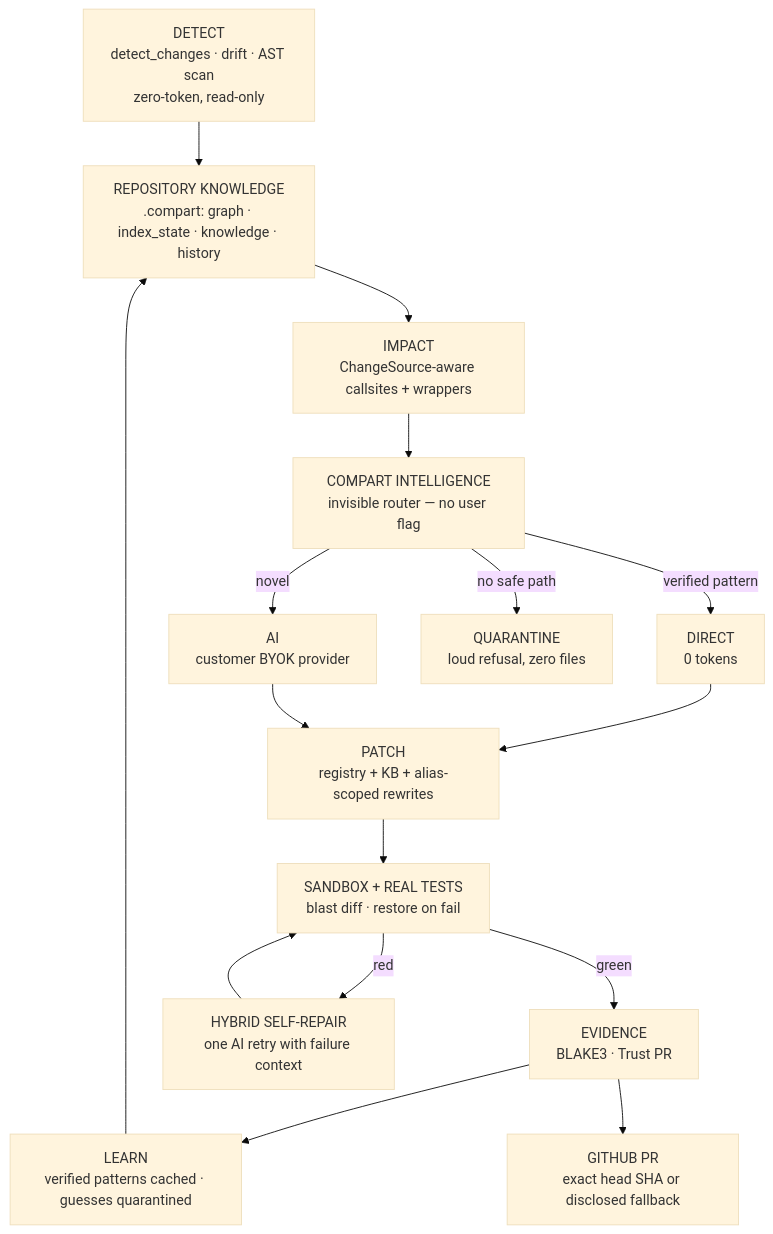
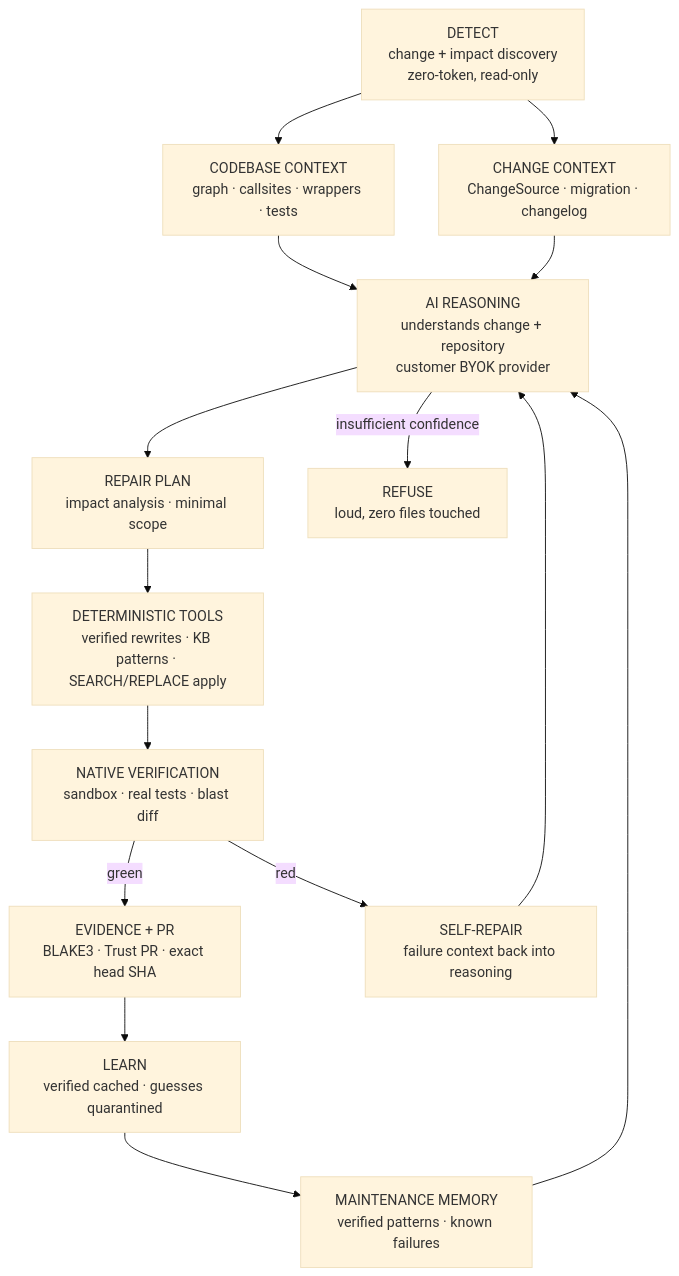
Before and after one commit to Devaretanmay/HAVFRYS: the second of 3 diagrams in docs/SYSTEM_MAP.md, drawn with Mermaid (base theme). The commit also changed 11 other files, not shown here.

First line of the commit message:
feat(ai): deep reasoning context and hybrid completion, AI-first surfaces

````diff
--- a/docs/SYSTEM_MAP.md
+++ b/docs/SYSTEM_MAP.md
@@ -22,18 +22,17 @@
 ```mermaid
 flowchart TD
-    DETECT["DETECT<br/>detect_changes · drift · AST scan<br/>zero-token, read-only"] --> KNOW["REPOSITORY KNOWLEDGE<br/>.compart: graph · index_state · knowledge · history"]
-    KNOW --> IMPACT["IMPACT<br/>ChangeSource-aware callsites + wrappers"]
-    IMPACT --> BRAIN["COMPART INTELLIGENCE<br/>invisible router — no user flag"]
-    BRAIN -->|verified pattern| DIRECT["DIRECT<br/>0 tokens"]
-    BRAIN -->|novel| AI["AI<br/>customer BYOK provider"]
-    BRAIN -->|no safe path| QUAR["QUARANTINE<br/>loud refusal, zero files"]
-    DIRECT --> PATCH["PATCH<br/>registry + KB + alias-scoped rewrites"]
-    AI --> PATCH
-    PATCH --> TEST["SANDBOX + REAL TESTS<br/>blast diff · restore on fail"]
-    TEST -->|green| EV["EVIDENCE<br/>BLAKE3 · Trust PR"]
-    TEST -->|red| FIXLOOP["HYBRID SELF-REPAIR<br/>one AI retry with failure context"]
-    FIXLOOP --> TEST
-    EV --> LEARN["LEARN<br/>verified patterns cached · guesses quarantined"]
-    LEARN --> KNOW
-    EV --> PR["GITHUB PR<br/>exact head SHA or disclosed fallback"]
+    DETECT["DETECT<br/>change + impact discovery<br/>zero-token, read-only"] --> CTX["CODEBASE CONTEXT<br/>graph · callsites · wrappers · tests"]
+    DETECT --> CHG["CHANGE CONTEXT<br/>ChangeSource · migration · changelog"]
+    CTX --> AI["AI REASONING<br/>understands change + repository<br/>customer BYOK provider"]
+    CHG --> AI
+    MEM["MAINTENANCE MEMORY<br/>verified patterns · known failures"] --> AI
+    AI --> PLAN["REPAIR PLAN<br/>impact analysis · minimal scope"]
+    PLAN --> TOOLS["DETERMINISTIC TOOLS<br/>verified rewrites · KB patterns · SEARCH/REPLACE apply"]
+    TOOLS --> TEST["NATIVE VERIFICATION<br/>sandbox · real tests · blast diff"]
+    TEST -->|green| EV["EVIDENCE + PR<br/>BLAKE3 · Trust PR · exact head SHA"]
+    TEST -->|red| FIXLOOP["SELF-REPAIR<br/>failure context back into reasoning"]
+    FIXLOOP --> AI
+    EV --> LEARN["LEARN<br/>verified cached · guesses quarantined"]
+    LEARN --> MEM
+    AI -->|insufficient confidence| QUAR["REFUSE<br/>loud, zero files touched"]
 ```
````
